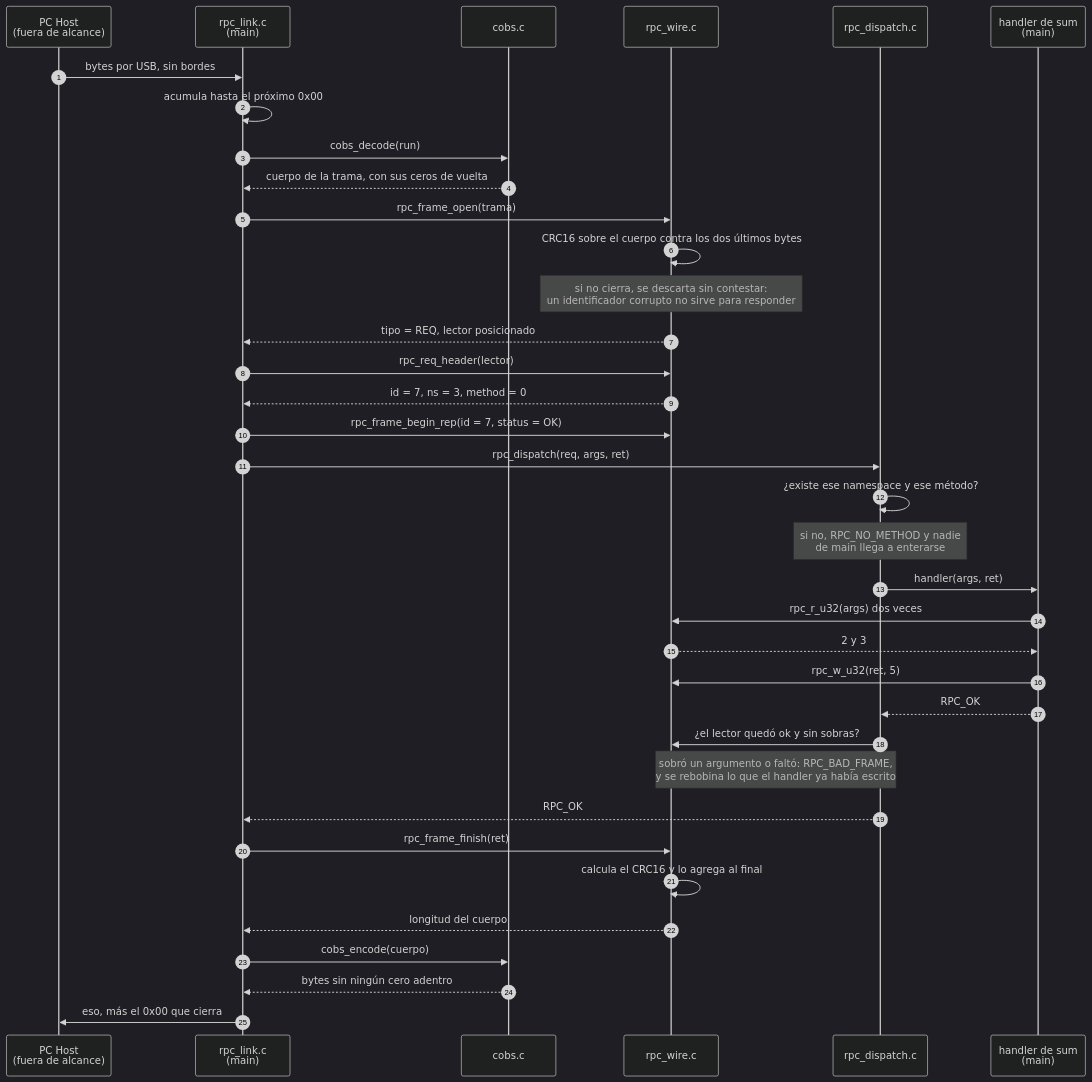
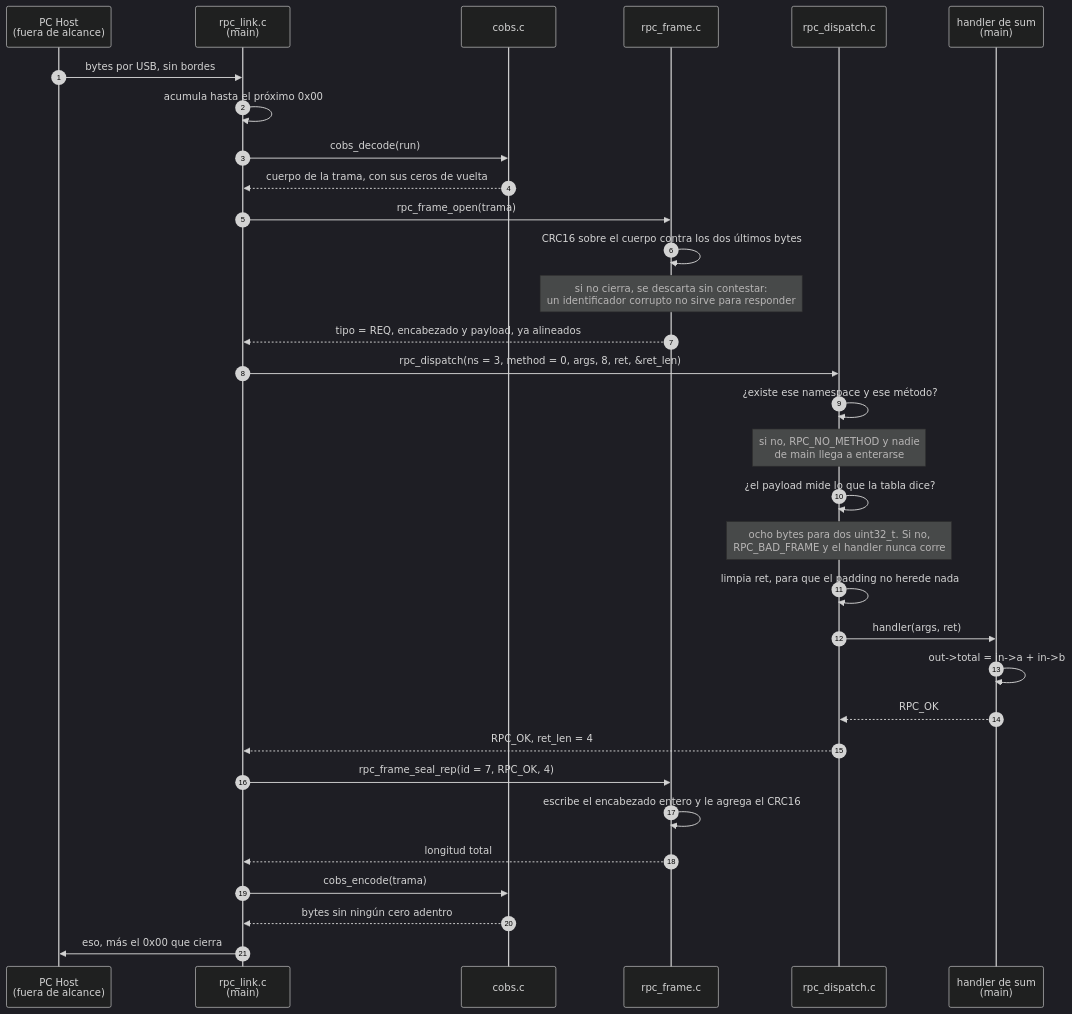
The fifth of 5 diagrams in firmware/docs/README.md (stefaema/STEF), drawn with Mermaid (dark theme) before and after one commit. The commit also changed other lines of this file and 16 other files, not shown here.

First line of the commit message:
firmware: Implement RPC frame handling with headers and CRC

````diff
--- a/firmware/docs/README.md
+++ b/firmware/docs/README.md
@@ -336,44 +340,38 @@
 ```mermaid
 sequenceDiagram
     autonumber
     participant PC as PC Host<br/>(fuera de alcance)
     participant Lk as rpc_link.c<br/>(main)
     participant Cobs as cobs.c
-    participant Wire as rpc_wire.c
+    participant Fr as rpc_frame.c
     participant Disp as rpc_dispatch.c
     participant H as handler de sum<br/>(main)
 
     PC->>Lk: bytes por USB, sin bordes
     Lk->>Lk: acumula hasta el próximo 0x00
     Lk->>Cobs: cobs_decode(run)
     Cobs-->>Lk: cuerpo de la trama, con sus ceros de vuelta
 
-    Lk->>Wire: rpc_frame_open(trama)
-    Wire->>Wire: CRC16 sobre el cuerpo contra los dos últimos bytes
-    Note over Wire: si no cierra, se descarta sin contestar:<br/>un identificador corrupto no sirve para responder
-    Wire-->>Lk: tipo = REQ, lector posicionado
+    Lk->>Fr: rpc_frame_open(trama)
+    Fr->>Fr: CRC16 sobre el cuerpo contra los dos últimos bytes
+    Note over Fr: si no cierra, se descarta sin contestar:<br/>un identificador corrupto no sirve para responder
+    Fr-->>Lk: tipo = REQ, encabezado y payload, ya alineados
 
-    Lk->>Wire: rpc_req_header(lector)
-    Wire-->>Lk: id = 7, ns = 3, method = 0
-    Lk->>Wire: rpc_frame_begin_rep(id = 7, status = OK)
-
-    Lk->>Disp: rpc_dispatch(req, args, ret)
+    Lk->>Disp: rpc_dispatch(ns = 3, method = 0, args, 8, ret, &ret_len)
     Disp->>Disp: ¿existe ese namespace y ese método?
     Note over Disp: si no, RPC_NO_METHOD y nadie<br/>de main llega a enterarse
+    Disp->>Disp: ¿el payload mide lo que la tabla dice?
+    Note over Disp: ocho bytes para dos uint32_t. Si no,<br/>RPC_BAD_FRAME y el handler nunca corre
+    Disp->>Disp: limpia ret, para que el padding no herede nada
     Disp->>H: handler(args, ret)
-    H->>Wire: rpc_r_u32(args) dos veces
-    Wire-->>H: 2 y 3
-    H->>Wire: rpc_w_u32(ret, 5)
+    H->>H: out->total = in->a + in->b
     H-->>Disp: RPC_OK
+    Disp-->>Lk: RPC_OK, ret_len = 4
 
-    Disp->>Wire: ¿el lector quedó ok y sin sobras?
-    Note over Disp,Wire: sobró un argumento o faltó: RPC_BAD_FRAME,<br/>y se rebobina lo que el handler ya había escrito
-    Disp-->>Lk: RPC_OK
-
-    Lk->>Wire: rpc_frame_finish(ret)
-    Wire->>Wire: calcula el CRC16 y lo agrega al final
-    Wire-->>Lk: longitud del cuerpo
-    Lk->>Cobs: cobs_encode(cuerpo)
+    Lk->>Fr: rpc_frame_seal_rep(id = 7, RPC_OK, 4)
+    Fr->>Fr: escribe el encabezado entero y le agrega el CRC16
+    Fr-->>Lk: longitud total
+    Lk->>Cobs: cobs_encode(trama)
     Cobs-->>Lk: bytes sin ningún cero adentro
     Lk->>PC: eso, más el 0x00 que cierra
 ```
````
